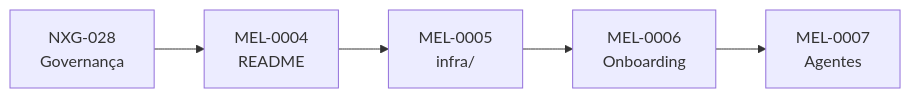
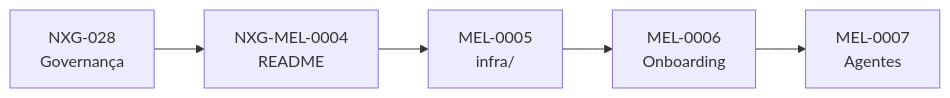
One commit to RafaCartaxo/operating-vault changed the diagram in 04 Projetos/Nxgest/Epicos/NXG-EPIC-0001 Organizacao do NX Gest/00 README.md. Above: the diagram before and after it, drawn with Mermaid. The commit also changed other lines of this file and 15 other files, not shown here.

````diff
--- a/04 Projetos/Nxgest/Epicos/NXG-EPIC-0001 Organizacao do NX Gest/00 README.md
+++ b/04 Projetos/Nxgest/Epicos/NXG-EPIC-0001 Organizacao do NX Gest/00 README.md
@@ -56,7 +56,7 @@
 ```mermaid
 flowchart LR
-    A[NXG-028\nGovernança] --> B[MEL-0004\nREADME]
+    A[NXG-028\nGovernança] --> B[NXG-MEL-0004\nREADME]
     B --> C[MEL-0005\ninfra/]
     C --> D[MEL-0006\nOnboarding]
     D --> E[MEL-0007\nAgentes]
 ```
````
